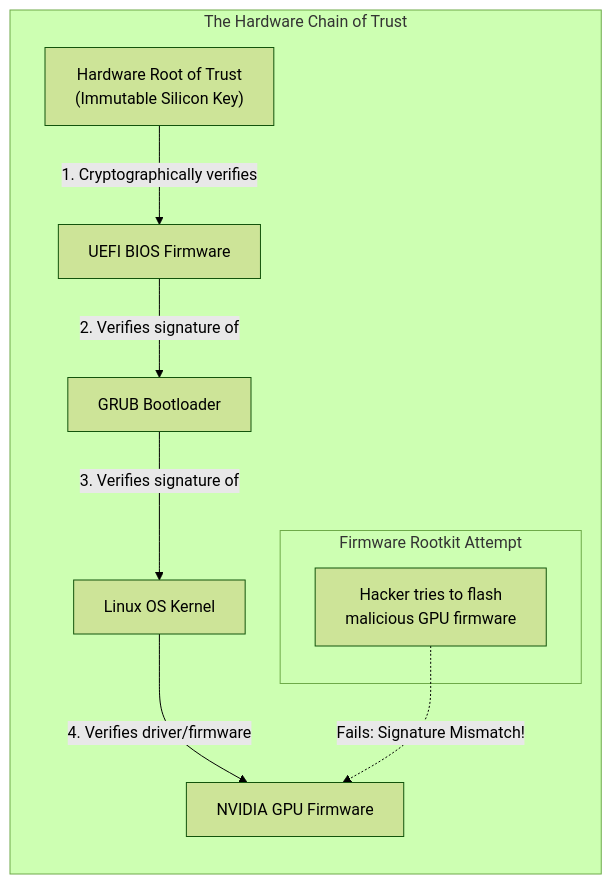
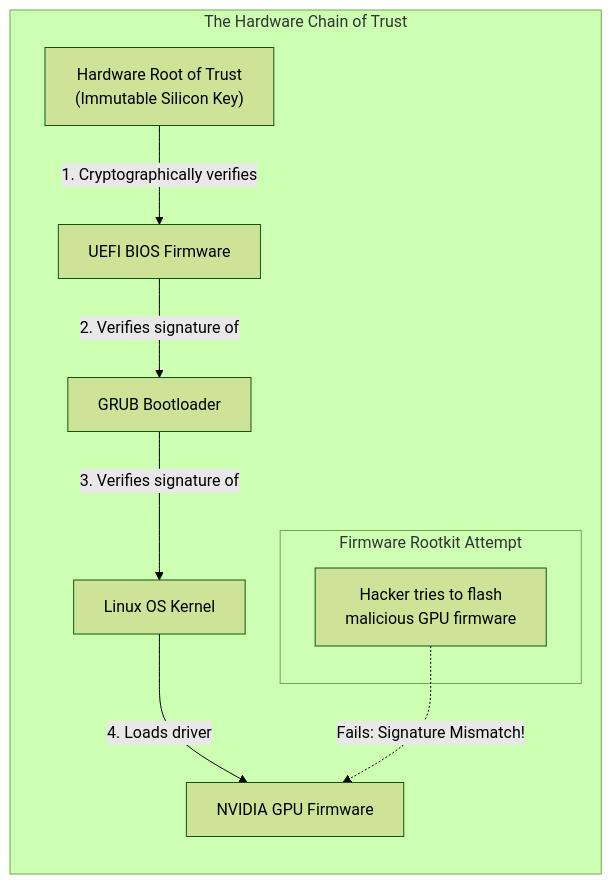
Before and after one commit to jithinpnjm/nvidia-devops: the diagram in docs/nvidia-zero-to-hero/volume-18/chapter-02-hardware-and-firmware-trust.md, drawn with Mermaid (forest theme). The commit also changed other lines of this file and 289 other files, not shown here.

````diff
--- a/docs/nvidia-zero-to-hero/volume-18/chapter-02-hardware-and-firmware-trust.md
+++ b/docs/nvidia-zero-to-hero/volume-18/chapter-02-hardware-and-firmware-trust.md
@@ -94,23 +94,23 @@
 ```mermaid
 flowchart TD
     subgraph Secure_Boot_Chain["The Hardware Chain of Trust"]
         direction TB
         
         RoT["Hardware Root of Trust <br/> (Immutable Silicon Key)"]
         BIOS["UEFI BIOS Firmware"]
         Bootloader["GRUB Bootloader"]
         OS["Linux OS Kernel"]
         GPU["NVIDIA GPU Firmware"]
         
         RoT -->|1. Cryptographically verifies| BIOS
         BIOS -->|2. Verifies signature of| Bootloader
         Bootloader -->|3. Verifies signature of| OS
-        OS -->|4. Verifies driver/firmware| GPU
+        OS -->|4. Loads driver| GPU
         
         subgraph Attack["Firmware Rootkit Attempt"]
             Hacker[Hacker tries to flash <br/> malicious GPU firmware]
         end
         
         Hacker -.->|Fails: Signature Mismatch!| GPU
     end
 ```
````
